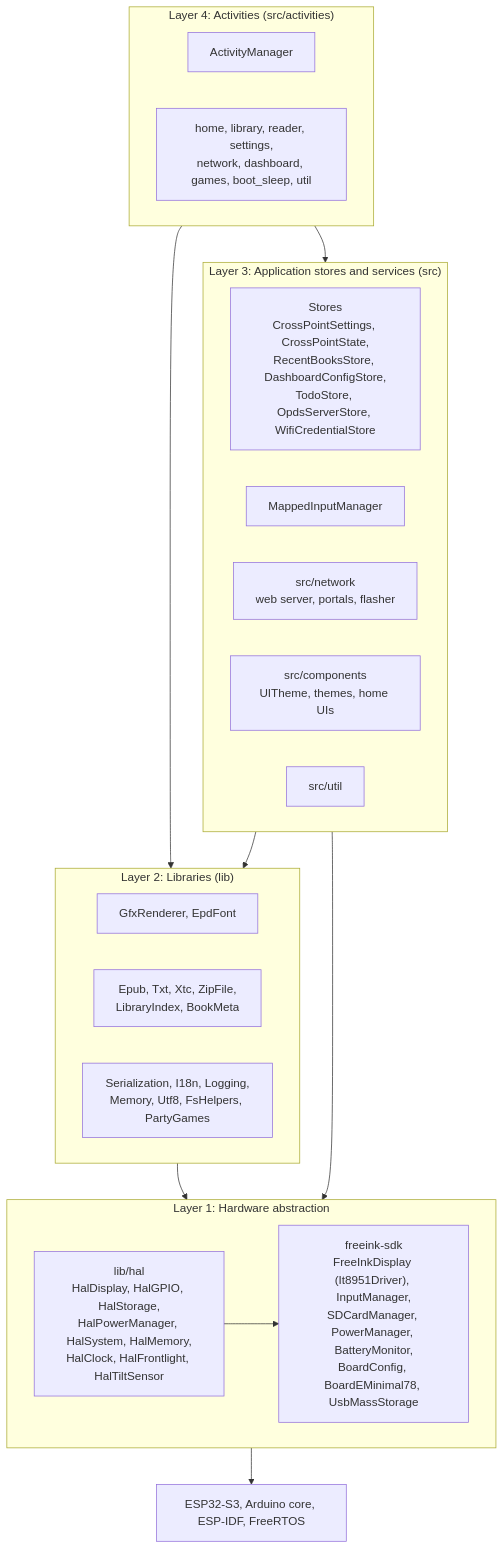
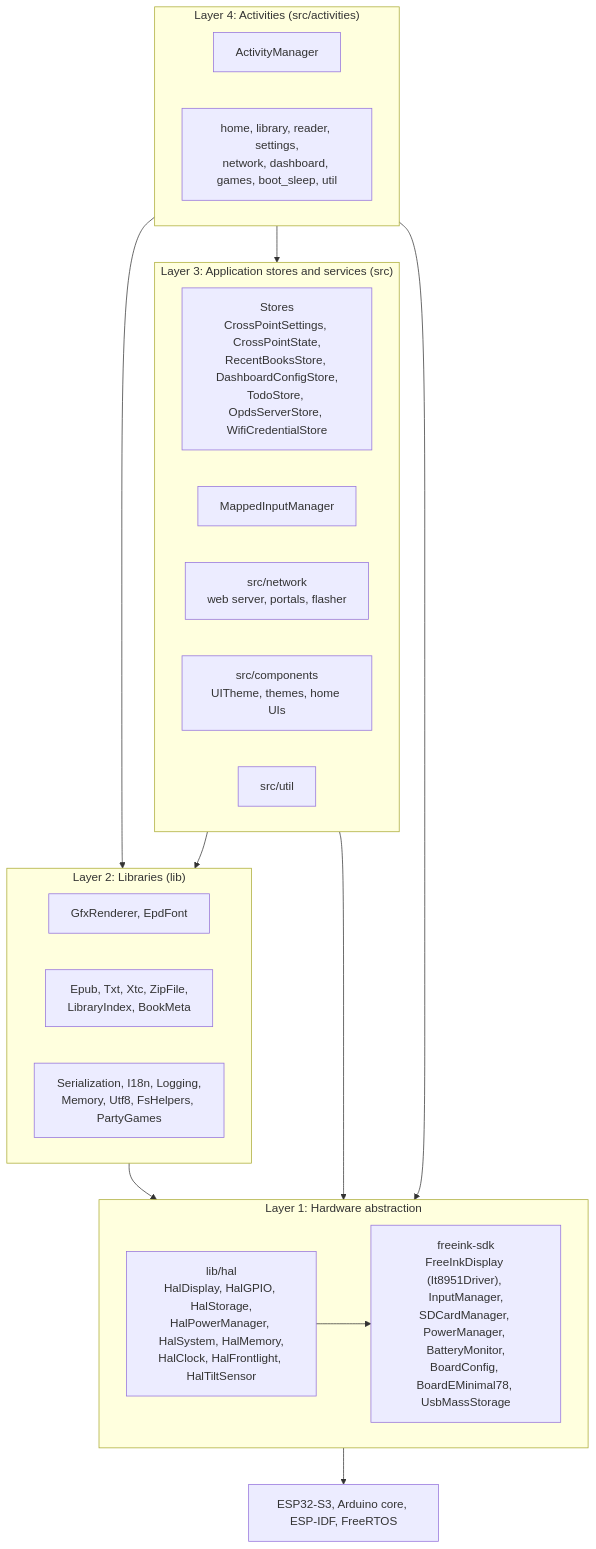
One commit to SaiduthE/e-Minimal changed the second of 4 diagrams in docs/eminimal/01-system-overview.md. Above: the diagram before and after it, drawn with Mermaid. The commit also changed other lines of this file and 6 other files, not shown here.

````diff
--- a/docs/eminimal/01-system-overview.md
+++ b/docs/eminimal/01-system-overview.md
@@ -166,40 +166,41 @@
 ```mermaid
 flowchart TB
     subgraph L4["Layer 4: Activities (src/activities)"]
         direction LR
         AM["ActivityManager"]
         ACT["home, library, reader, settings,<br/>network, dashboard, games, boot_sleep, util"]
     end
 
     subgraph L3["Layer 3: Application stores and services (src)"]
         direction LR
         STORES["Stores<br/>CrossPointSettings, CrossPointState,<br/>RecentBooksStore, DashboardConfigStore,<br/>TodoStore, OpdsServerStore, WifiCredentialStore"]
         INPUT["MappedInputManager"]
         NETW["src/network<br/>web server, portals, flasher"]
         COMP["src/components<br/>UITheme, themes, home UIs"]
         UTIL["src/util"]
     end
 
     subgraph L2["Layer 2: Libraries (lib)"]
         direction LR
         GFX["GfxRenderer, EpdFont"]
         BOOK["Epub, Txt, Xtc, ZipFile,<br/>LibraryIndex, BookMeta"]
         BASE["Serialization, I18n, Logging,<br/>Memory, Utf8, FsHelpers, PartyGames"]
     end
 
     subgraph L1["Layer 1: Hardware abstraction"]
         direction LR
         HAL["lib/hal<br/>HalDisplay, HalGPIO, HalStorage,<br/>HalPowerManager, HalSystem, HalMemory,<br/>HalClock, HalFrontlight, HalTiltSensor"]
         SDK["freeink-sdk<br/>FreeInkDisplay (It8951Driver), InputManager,<br/>SDCardManager, PowerManager, BatteryMonitor,<br/>BoardConfig, BoardEMinimal78, UsbMassStorage"]
     end
 
     HW["ESP32-S3, Arduino core, ESP-IDF, FreeRTOS"]
 
     L4 --> L3
     L4 --> L2
     L3 --> L2
     L2 --> HAL
     L3 --> HAL
+    L4 --> HAL
     HAL --> SDK
     SDK --> HW
 ```
````
